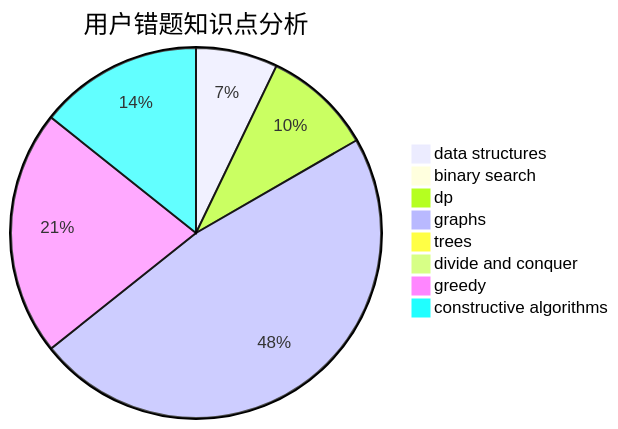
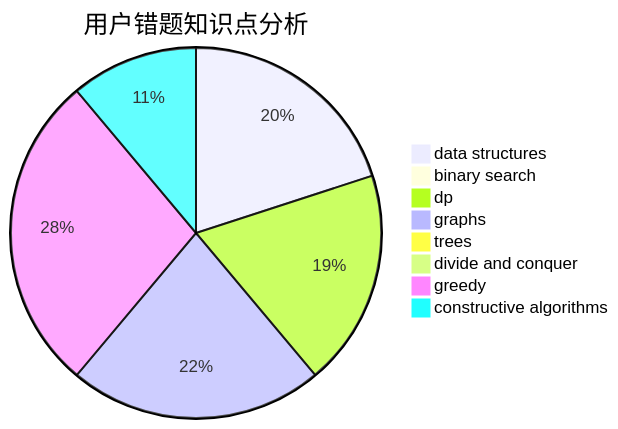
One commit to sherpahu/cfrs.github.io changed the third of 3 diagrams in docs/user/u748.md. Above: the diagram before and after it, drawn with Mermaid. The commit also changed other lines of this file and 2770 other files, not shown here.

````diff
--- a/docs/user/u748.md
+++ b/docs/user/u748.md
@@ -36,11 +36,11 @@
 ```mermaid
 pie title 用户错题知识点分析
-    "data structures" :  3
+    "data structures" :  18
     "binary search" :  0
-    "dp" :  4
+    "dp" :  17
     "graphs" :  20
     "trees" :  0
     "divide and conquer" :  0
-    "greedy" :  9
-    "constructive algorithms" :  6
+    "greedy" :  25
+    "constructive algorithms" :  10
 ```
````
